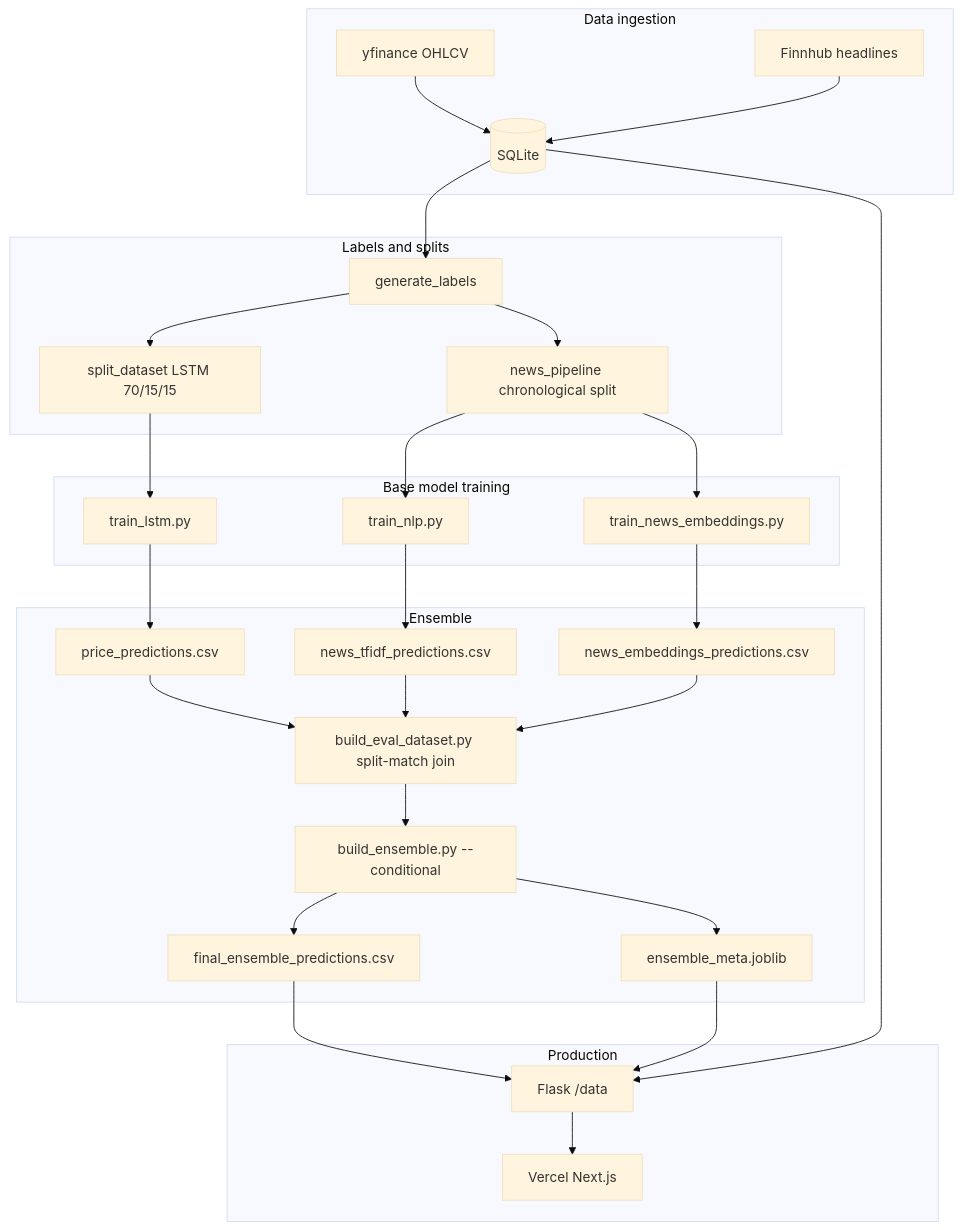
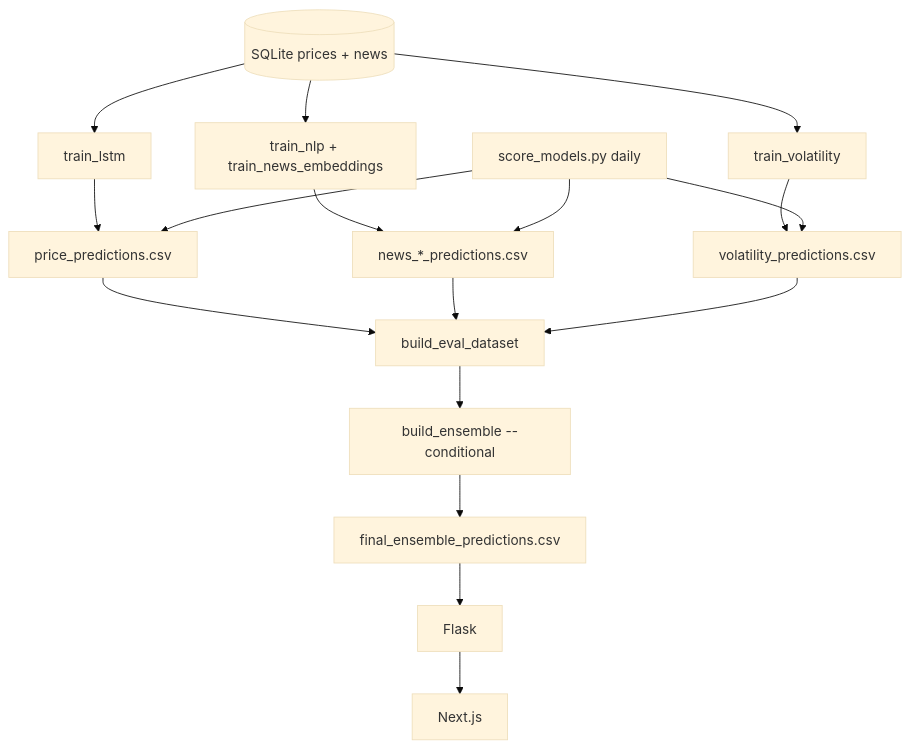
The diagram in docs/PROJECT_OVERVIEW.md (raphaelkaramagi/news-to-alpha), drawn with Mermaid (base theme) before and after one commit. The commit also changed other lines of this file and 21 other files, not shown here.

First line of the commit message:
feat: volatility expected-move signal, live-news fix, and dashboard band

````diff
--- a/docs/PROJECT_OVERVIEW.md
+++ b/docs/PROJECT_OVERVIEW.md
@@ -26,40 +23,19 @@
 ```mermaid
 flowchart TD
-  subgraph ingest [Data ingestion]
-    YF[yfinance OHLCV]
-    FH[Finnhub headlines]
-    YF --> DB[(SQLite)]
-    FH --> DB
-  end
-
-  subgraph labels [Labels and splits]
-    DB --> LG[generate_labels]
-    LG --> SP[split_dataset LSTM 70/15/15]
-    LG --> NP[news_pipeline chronological split]
-  end
-
-  subgraph train [Base model training]
-    SP --> LSTM[train_lstm.py]
-    NP --> TFIDF[train_nlp.py]
-    NP --> EMB[train_news_embeddings.py]
-  end
-
-  subgraph ensemble [Ensemble]
-    LSTM --> CSV1[price_predictions.csv]
-    TFIDF --> CSV2[news_tfidf_predictions.csv]
-    EMB --> CSV3[news_embeddings_predictions.csv]
-    CSV1 --> ED[build_eval_dataset.py split-match join]
-    CSV2 --> ED
-    CSV3 --> ED
-    ED --> BE[build_ensemble.py --conditional]
-    BE --> OUT[final_ensemble_predictions.csv]
-    BE --> META[ensemble_meta.joblib]
-  end
-
-  subgraph serve [Production]
-    OUT --> API[Flask /data]
-    META --> API
-    DB --> API
-    API --> UI[Vercel Next.js]
-  end
+  DB[(SQLite prices + news)] --> LSTM[train_lstm]
+  DB --> NLP[train_nlp + train_news_embeddings]
+  DB --> VOL[train_volatility]
+  LSTM --> P1[price_predictions.csv]
+  NLP --> P2[news_*_predictions.csv]
+  VOL --> P3[volatility_predictions.csv]
+  P1 --> ED[build_eval_dataset]
+  P2 --> ED
+  P3 --> ED
+  ED --> BE[build_ensemble --conditional]
+  BE --> OUT[final_ensemble_predictions.csv]
+  score[score_models.py daily] --> P1
+  score --> P2
+  score --> P3
+  OUT --> API[Flask]
+  API --> UI[Next.js]
 ```
````
